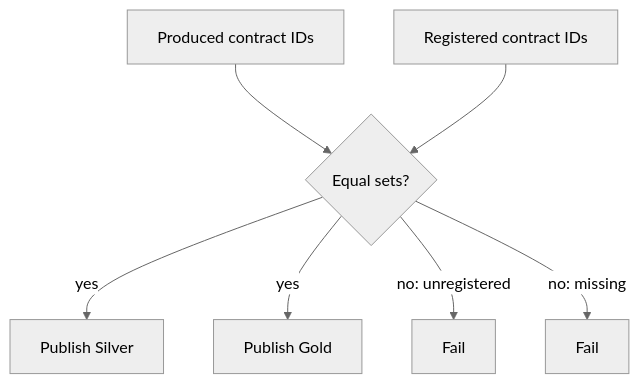
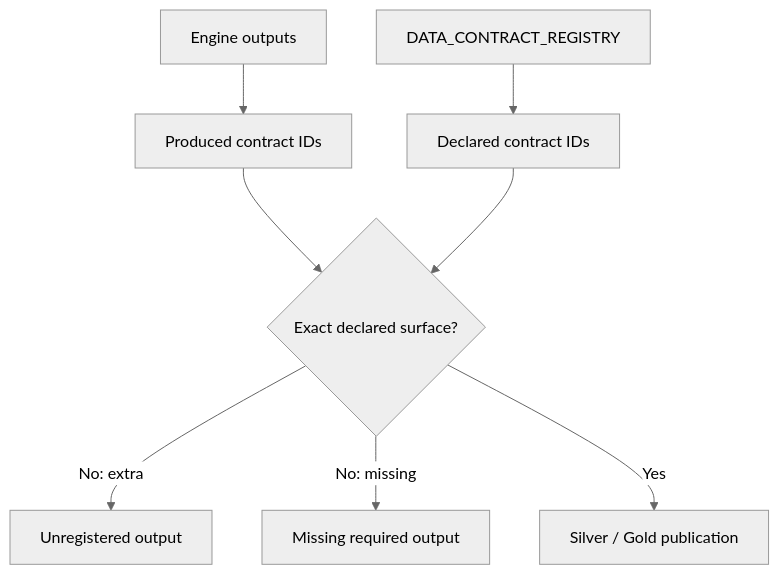
Before and after one commit to tks18/personal-finance-etl: the sixth of 7 diagrams in docs/architecture/warehouse-architecture.md, drawn with Mermaid (neutral theme). The commit also changed other lines of this file and 10 other files, not shown here.

Commit message:
docs: update docs/architecture for latest version

````diff
--- a/docs/architecture/warehouse-architecture.md
+++ b/docs/architecture/warehouse-architecture.md
@@ -344,9 +386,10 @@
 ```mermaid
-flowchart TB
-    PROD[Produced contract IDs] --> EQ{Equal sets?}
-    REG[Registered contract IDs] --> EQ
-    EQ -->|yes| S[Publish Silver]
-    EQ -->|yes| G[Publish Gold]
-    EQ -->|no: unregistered| F1[Fail]
-    EQ -->|no: missing| F2[Fail]
+flowchart TD
+    Engine[Engine outputs] --> SetA[Produced contract IDs]
+    Registry[DATA_CONTRACT_REGISTRY] --> SetB[Declared contract IDs]
+    SetA --> Compare{Exact declared surface?}
+    SetB --> Compare
+    Compare -->|No: extra| Fail1[Unregistered output]
+    Compare -->|No: missing| Fail2[Missing required output]
+    Compare -->|Yes| Publish[Silver / Gold publication]
 ```
````
